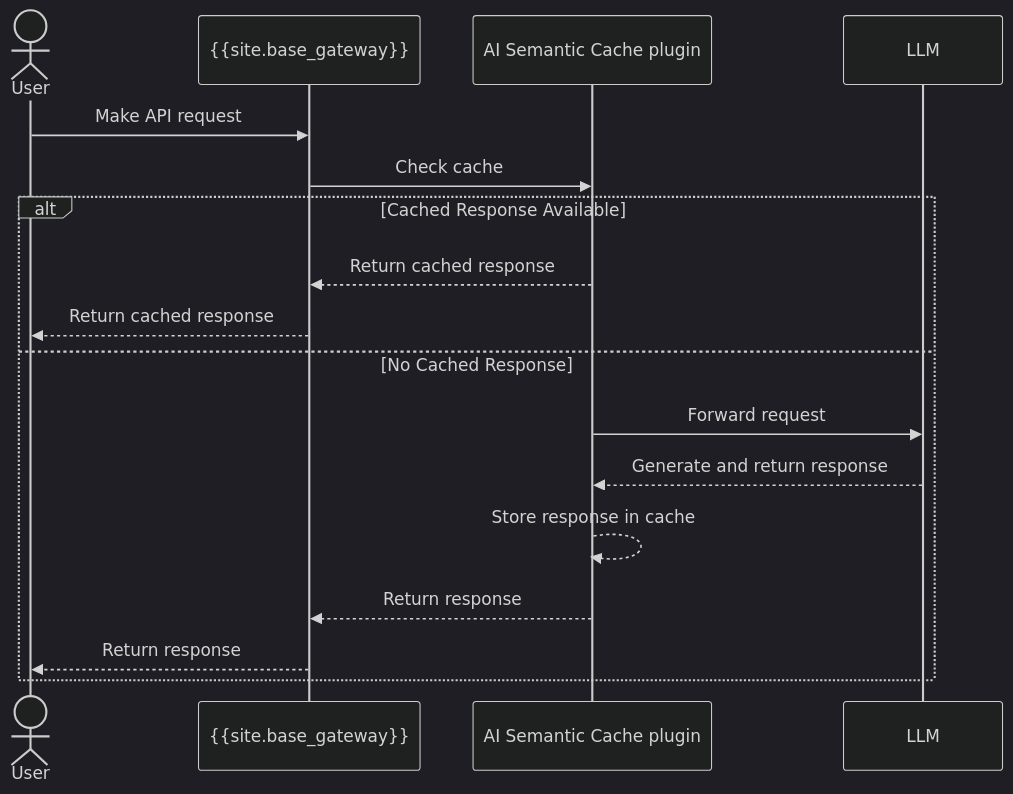
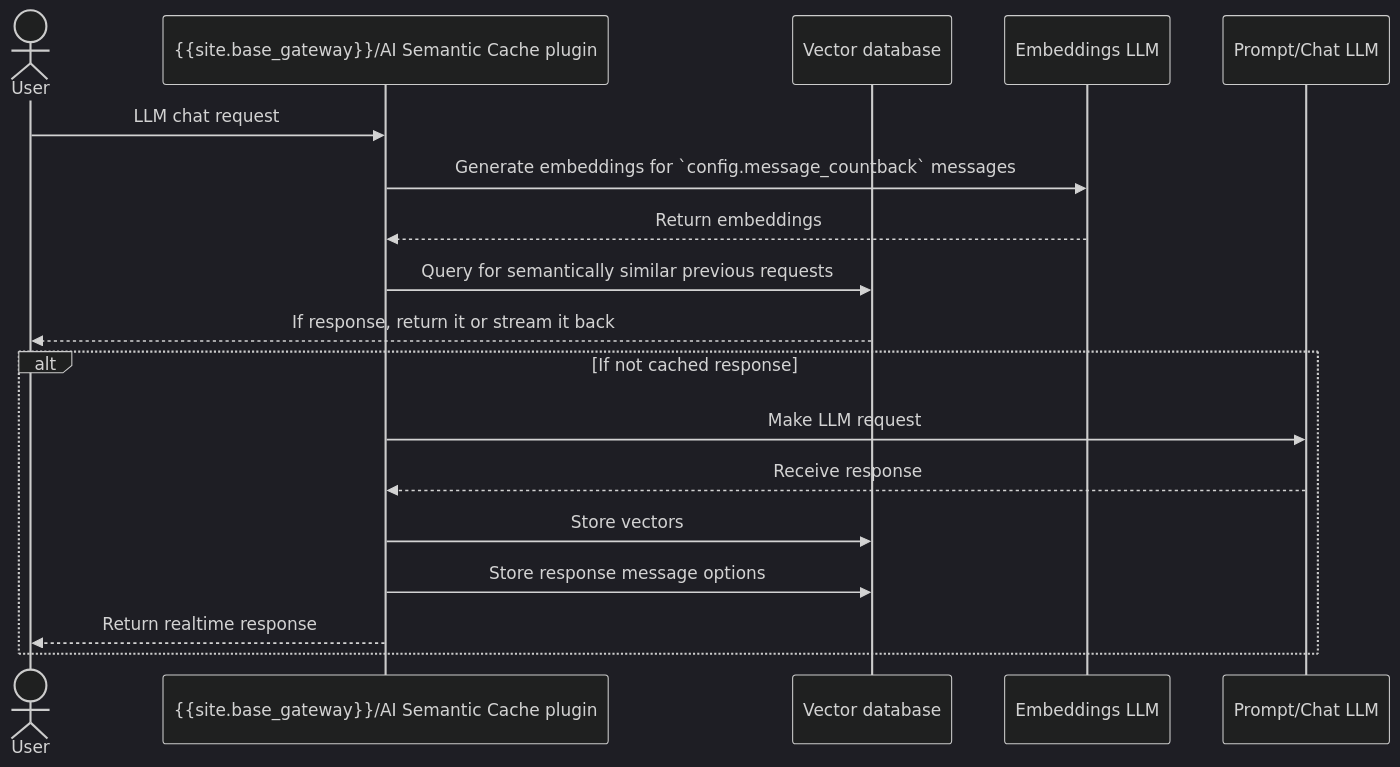
One commit to Kong/docs.konghq.com changed the first of 2 diagrams in app/_hub/kong-inc/ai-semantic-cache/overview/_index.md. Above: the diagram before and after it, drawn with Mermaid (dark theme). The commit also changed other lines of this file and 2 other files, not shown here.

Commit message:
Apply feedback from Jack, finish draft of LLM guides

```diff
--- a/app/_hub/kong-inc/ai-semantic-cache/overview/_index.md
+++ b/app/_hub/kong-inc/ai-semantic-cache/overview/_index.md
@@ -19,20 +19,21 @@
 {% mermaid %}
 sequenceDiagram
     actor User
-    participant {{site.base_gateway}}
-    participant CachePlugin as AI Semantic Cache plugin
-    participant LLM
+    participant {{site.base_gateway}}/AI Semantic Cache plugin
+    participant Vector database
+    participant Embeddings LLM
+    participant Prompt/Chat LLM
 
-    User->>{{site.base_gateway}}: Make API request
-    {{site.base_gateway}}->>CachePlugin: Check cache
-    alt Cached Response Available
-        CachePlugin-->>{{site.base_gateway}}: Return cached response
-        {{site.base_gateway}}-->>User: Return cached response
-    else No Cached Response
-        CachePlugin->>LLM: Forward request
-        LLM-->>CachePlugin: Generate and return response
-        CachePlugin-->>CachePlugin: Store response in cache
-        CachePlugin-->>{{site.base_gateway}}: Return response
-        {{site.base_gateway}}-->>User: Return response
+    User->>{{site.base_gateway}}/AI Semantic Cache plugin: LLM chat request
+    {{site.base_gateway}}/AI Semantic Cache plugin->>Embeddings LLM: Generate embeddings for `config.message_countback` messages
+    Embeddings LLM-->>{{site.base_gateway}}/AI Semantic Cache plugin: Return embeddings
+    {{site.base_gateway}}/AI Semantic Cache plugin->>Vector database: Query for semantically similar previous requests
+    Vector database-->>User: If response, return it or stream it back
+    alt If not cached response
+        {{site.base_gateway}}/AI Semantic Cache plugin->>Prompt/Chat LLM: Make LLM request
+        Prompt/Chat LLM-->>{{site.base_gateway}}/AI Semantic Cache plugin: Receive response
+        {{site.base_gateway}}/AI Semantic Cache plugin->>Vector database: Store vectors
+        {{site.base_gateway}}/AI Semantic Cache plugin->>Vector database: Store response message options
+        {{site.base_gateway}}/AI Semantic Cache plugin-->>User: Return realtime response
     end
 {% endmermaid %}
```
